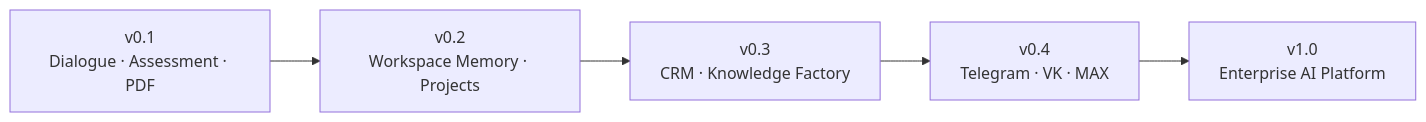
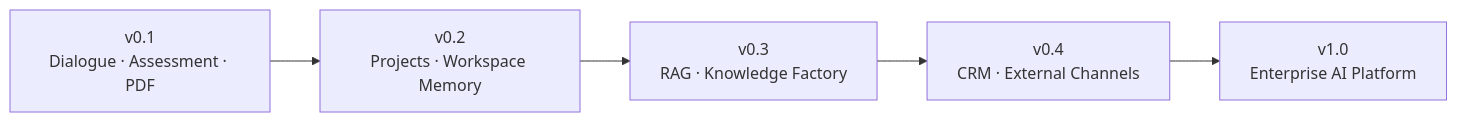
Before and after one commit to VictorKVS/Developer-of-AI-agents: the fourth of 4 diagrams in projects/02-dialogue-ai-assistant/README.md, drawn with Mermaid. The commit also changed other lines of this file, not shown here.

````diff
--- a/projects/02-dialogue-ai-assistant/README.md
+++ b/projects/02-dialogue-ai-assistant/README.md
@@ -352,10 +466,10 @@
 ```mermaid
 flowchart LR
     V01[v0.1<br/>Dialogue · Assessment · PDF]
-    V02[v0.2<br/>Workspace Memory · Projects]
-    V03[v0.3<br/>CRM · Knowledge Factory]
-    V04[v0.4<br/>Telegram · VK · MAX]
+    V02[v0.2<br/>Projects · Workspace Memory]
+    V03[v0.3<br/>RAG · Knowledge Factory]
+    V04[v0.4<br/>CRM · External Channels]
     V10[v1.0<br/>Enterprise AI Platform]
 
     V01 --> V02 --> V03 --> V04 --> V10
 ```
````
